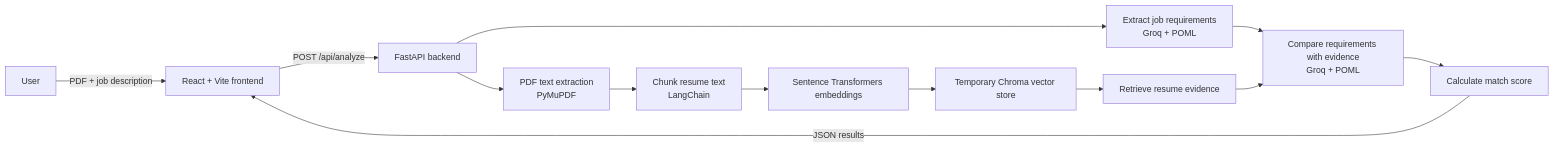
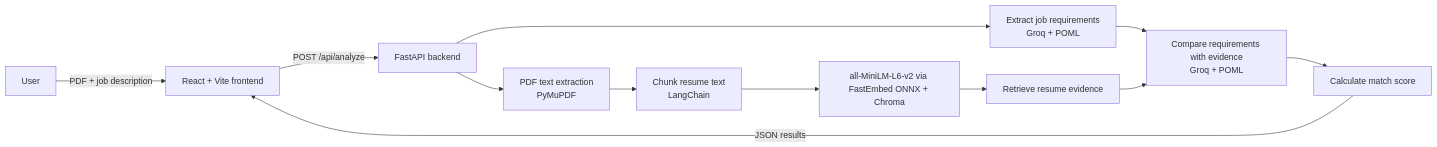
Before and after one commit to ssunda24-droid/jobfit-rag: the diagram in README.md, drawn with Mermaid. The commit also changed other lines of this file and 6 other files, not shown here.

Commit message:
Switch semantic embeddings to FastEmbed ONNX

````diff
--- a/README.md
+++ b/README.md
@@ -9,15 +9,14 @@
 ```mermaid
 flowchart LR
     U[User] -->|PDF + job description| R[React + Vite frontend]
     R -->|POST /api/analyze| A[FastAPI backend]
     A --> P[PDF text extraction<br/>PyMuPDF]
     P --> C[Chunk resume text<br/>LangChain]
-    C --> E[Sentence Transformers embeddings]
-    E --> V[Temporary Chroma vector store]
+    C --> E[all-MiniLM-L6-v2 via FastEmbed ONNX + Chroma]
+    E --> Q[Retrieve resume evidence]
     A --> J[Extract job requirements<br/>Groq + POML]
-    V --> Q[Retrieve resume evidence]
     J --> M[Compare requirements with evidence<br/>Groq + POML]
     Q --> M
     M --> S[Calculate match score]
     S -->|JSON results| R
 ```
````
